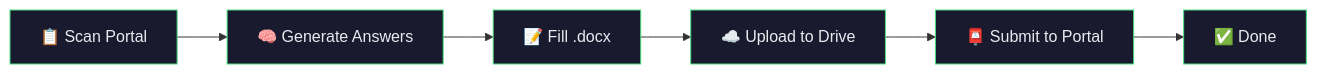
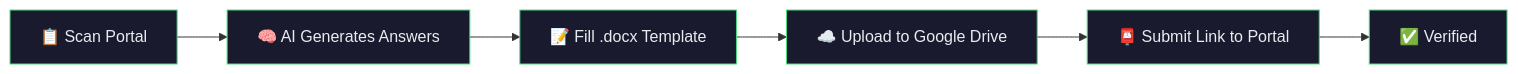
One commit to StealthTensor/Quill changed the diagram in README.md. Above: the diagram before and after it, drawn with Mermaid. The commit also changed other lines of this file and 3 other files, not shown here.

````diff
--- a/README.md
+++ b/README.md
@@ -78,15 +112,15 @@
 ```mermaid
 graph LR
-    A[📋 Scan Portal] --> B[🧠 Generate Answers]
-    B --> C[📝 Fill .docx]
-    C --> D[☁️ Upload to Drive]
-    D --> E[📮 Submit to Portal]
-    E --> F[✅ Done]
+    A["📋 Scan Portal"] --> B["🧠 AI Generates Answers"]
+    B --> C["📝 Fill .docx Template"]
+    C --> D["☁️ Upload to Google Drive"]
+    D --> E["📮 Submit Link to Portal"]
+    E --> F["✅ Verified"]
 
     style A fill:#1a1a2e,stroke:#4ade80,color:#e8ebef
     style B fill:#1a1a2e,stroke:#4ade80,color:#e8ebef
     style C fill:#1a1a2e,stroke:#4ade80,color:#e8ebef
     style D fill:#1a1a2e,stroke:#4ade80,color:#e8ebef
     style E fill:#1a1a2e,stroke:#4ade80,color:#e8ebef
     style F fill:#1a1a2e,stroke:#4ade80,color:#e8ebef
 ```
````
